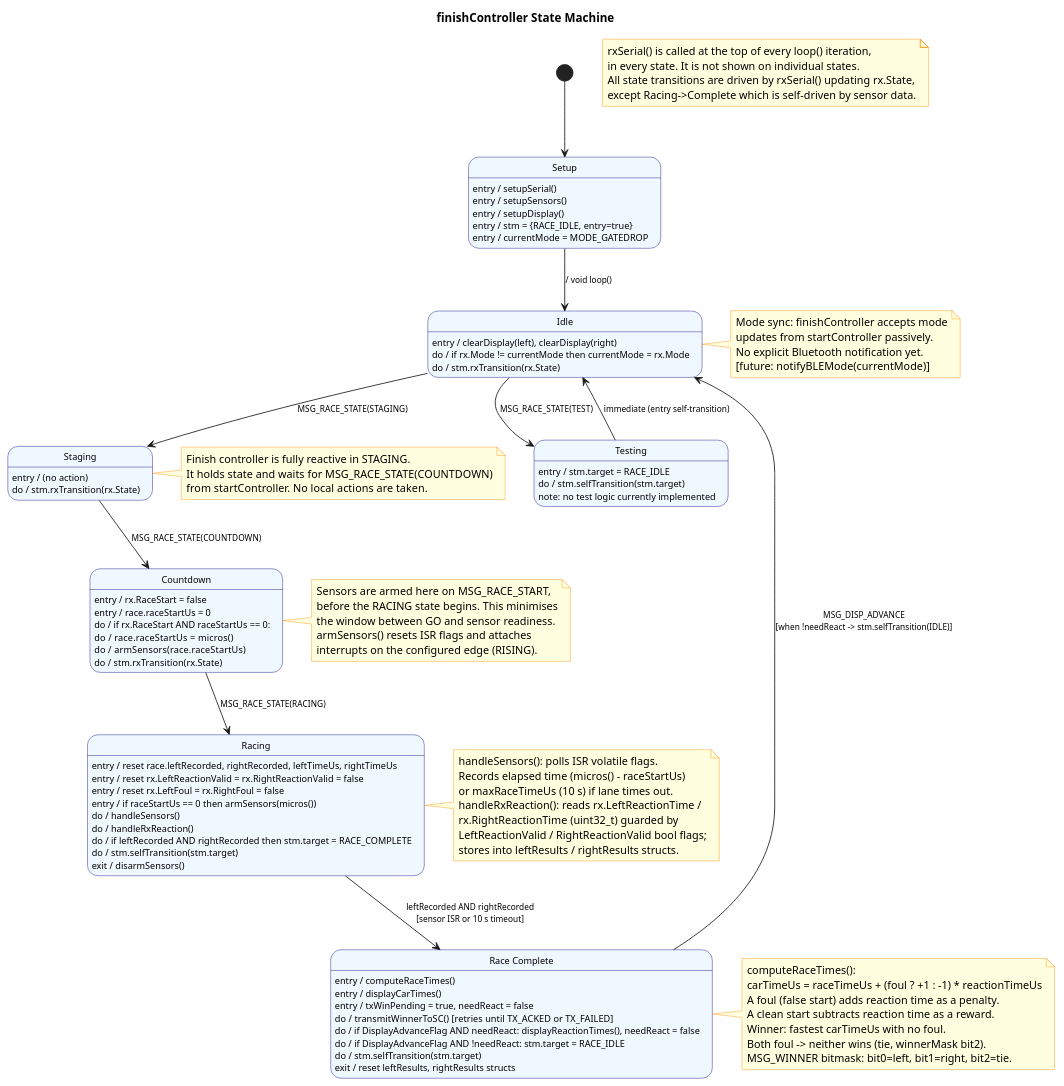
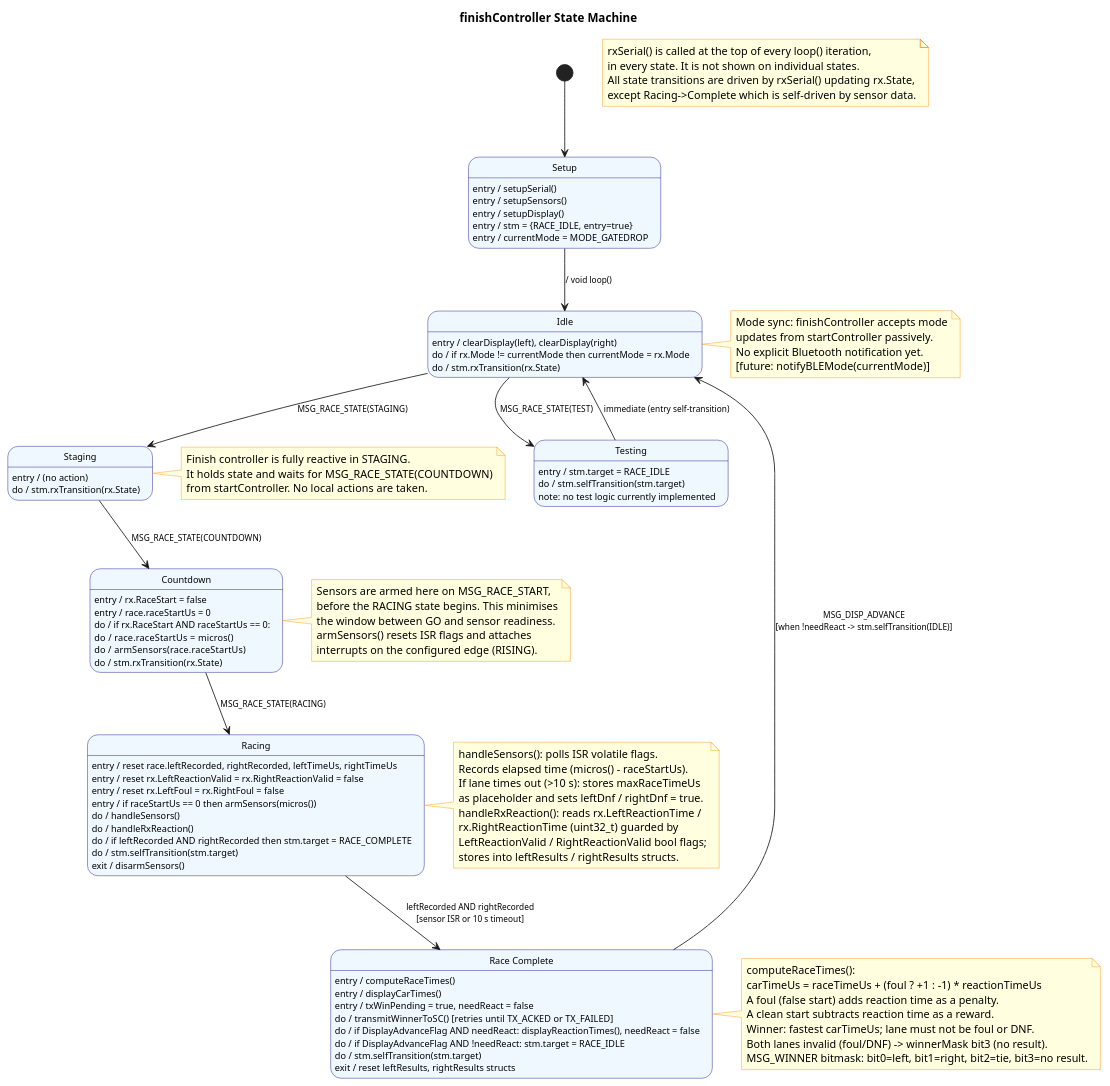
Before and after one commit to dgschaaf/DerbyTimer: the diagram in docs/PlantUML/stm_finishController.puml, drawn with PlantUML. The commit also changed 5 other files, not shown here.

```diff
--- a/docs/PlantUML/stm_finishController.puml
+++ b/docs/PlantUML/stm_finishController.puml
@@ -1,159 +1,160 @@
 @startuml finishController_STM
 skinparam state {
   BackgroundColor AliceBlue
   BorderColor Navy
   FontSize 11
   ArrowFontSize 10
 }
 skinparam noteBackgroundColor LightYellow
 skinparam noteBorderColor DarkOrange
 
 title finishController State Machine
 
 note as N_RX
   rxSerial() is called at the top of every loop() iteration,
   in every state. It is not shown on individual states.
   All state transitions are driven by rxSerial() updating rx.State,
   except Racing->Complete which is self-driven by sensor data.
 end note
 
 [*] --> Setup
 
 ' ============================================================
 ' SETUP
 ' ============================================================
 state "Setup" as Setup {
   Setup : entry / setupSerial()
   Setup : entry / setupSensors()
   Setup : entry / setupDisplay()
   Setup : entry / stm = {RACE_IDLE, entry=true}
   Setup : entry / currentMode = MODE_GATEDROP
 }
 
 Setup --> Idle : / void loop()
 
 ' ============================================================
 ' IDLE
 ' ============================================================
 state "Idle" as Idle {
   Idle : entry / clearDisplay(left), clearDisplay(right)
   Idle : do / if rx.Mode != currentMode then currentMode = rx.Mode
   Idle : do / stm.rxTransition(rx.State)
 }
 
 note right of Idle
   Mode sync: finishController accepts mode
   updates from startController passively.
   No explicit Bluetooth notification yet.
   [future: notifyBLEMode(currentMode)]
 end note
 
 ' ============================================================
 ' STAGING
 ' ============================================================
 state "Staging" as Staging {
   Staging : entry / (no action)
   Staging : do / stm.rxTransition(rx.State)
 }
 
 note right of Staging
   Finish controller is fully reactive in STAGING.
   It holds state and waits for MSG_RACE_STATE(COUNTDOWN)
   from startController. No local actions are taken.
 end note
 
 ' ============================================================
 ' COUNTDOWN
 ' ============================================================
 state "Countdown" as Countdown {
   Countdown : entry / rx.RaceStart = false
   Countdown : entry / race.raceStartUs = 0
   Countdown : do / if rx.RaceStart AND raceStartUs == 0:
   Countdown : do /   race.raceStartUs = micros()
   Countdown : do /   armSensors(race.raceStartUs)
   Countdown : do / stm.rxTransition(rx.State)
 }
 
 note right of Countdown
   Sensors are armed here on MSG_RACE_START,
   before the RACING state begins. This minimises
   the window between GO and sensor readiness.
   armSensors() resets ISR flags and attaches
   interrupts on the configured edge (RISING).
 end note
 
 ' ============================================================
 ' RACING
 ' ============================================================
 state "Racing" as Racing {
   Racing : entry / reset race.leftRecorded, rightRecorded, leftTimeUs, rightTimeUs
   Racing : entry / reset rx.LeftReactionValid = rx.RightReactionValid = false
   Racing : entry / reset rx.LeftFoul = rx.RightFoul = false
   Racing : entry / if raceStartUs == 0 then armSensors(micros())
   Racing : do / handleSensors()
   Racing : do / handleRxReaction()
   Racing : do / if leftRecorded AND rightRecorded then stm.target = RACE_COMPLETE
   Racing : do / stm.selfTransition(stm.target)
   Racing : exit / disarmSensors()
 }
 
 note right of Racing
   handleSensors(): polls ISR volatile flags.
-  Records elapsed time (micros() - raceStartUs)
-  or maxRaceTimeUs (10 s) if lane times out.
+  Records elapsed time (micros() - raceStartUs).
+  If lane times out (>10 s): stores maxRaceTimeUs
+  as placeholder and sets leftDnf / rightDnf = true.
   handleRxReaction(): reads rx.LeftReactionTime /
   rx.RightReactionTime (uint32_t) guarded by
   LeftReactionValid / RightReactionValid bool flags;
   stores into leftResults / rightResults structs.
 end note
 
 ' ============================================================
 ' RACE COMPLETE
 ' ============================================================
 state "Race Complete" as RaceComplete {
   RaceComplete : entry / computeRaceTimes()
   RaceComplete : entry / displayCarTimes()
   RaceComplete : entry / txWinPending = true, needReact = false
   RaceComplete : do / transmitWinnerToSC()  [retries until TX_ACKED or TX_FAILED]
   RaceComplete : do / if DisplayAdvanceFlag AND needReact: displayReactionTimes(), needReact = false
   RaceComplete : do / if DisplayAdvanceFlag AND !needReact: stm.target = RACE_IDLE
   RaceComplete : do / stm.selfTransition(stm.target)
   RaceComplete : exit / reset leftResults, rightResults structs
 }
 
 note right of RaceComplete
   computeRaceTimes():
   carTimeUs = raceTimeUs + (foul ? +1 : -1) * reactionTimeUs
   A foul (false start) adds reaction time as a penalty.
   A clean start subtracts reaction time as a reward.
-  Winner: fastest carTimeUs with no foul.
-  Both foul -> neither wins (tie, winnerMask bit2).
-  MSG_WINNER bitmask: bit0=left, bit1=right, bit2=tie.
+  Winner: fastest carTimeUs; lane must not be foul or DNF.
+  Both lanes invalid (foul/DNF) -> winnerMask bit3 (no result).
+  MSG_WINNER bitmask: bit0=left, bit1=right, bit2=tie, bit3=no result.
 end note
 
 ' ============================================================
 ' TESTING  (stub: immediately self-transitions to IDLE)
 ' ============================================================
 state "Testing" as Testing {
   Testing : entry / stm.target = RACE_IDLE
   Testing : do / stm.selfTransition(stm.target)
   Testing : note: no test logic currently implemented
 }
 
 ' ============================================================
 ' TRANSITIONS
 ' ============================================================
 Idle        --> Staging      : MSG_RACE_STATE(STAGING)
 Idle        --> Testing      : MSG_RACE_STATE(TEST)
 
 Staging     --> Countdown    : MSG_RACE_STATE(COUNTDOWN)
 
 Countdown   --> Racing       : MSG_RACE_STATE(RACING)
 
 Racing      --> RaceComplete : leftRecorded AND rightRecorded\n[sensor ISR or 10 s timeout]
 
 RaceComplete --> Idle        : MSG_DISP_ADVANCE\n[when !needReact -> stm.selfTransition(IDLE)]
 
 Testing     --> Idle         : immediate (entry self-transition)
 
 @enduml
```
